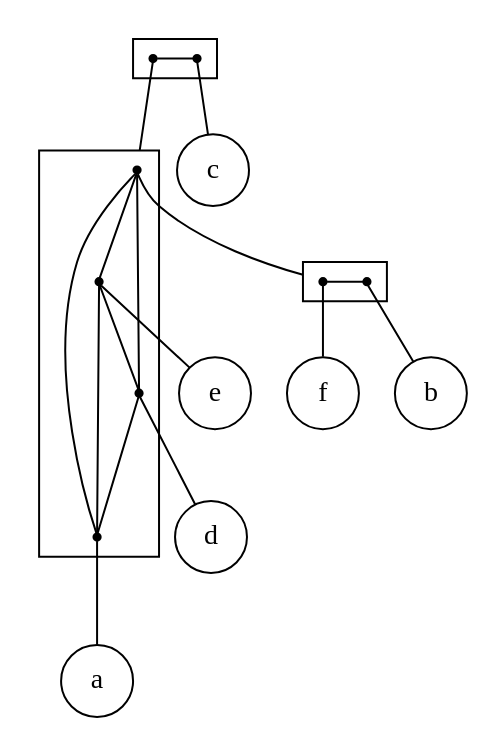
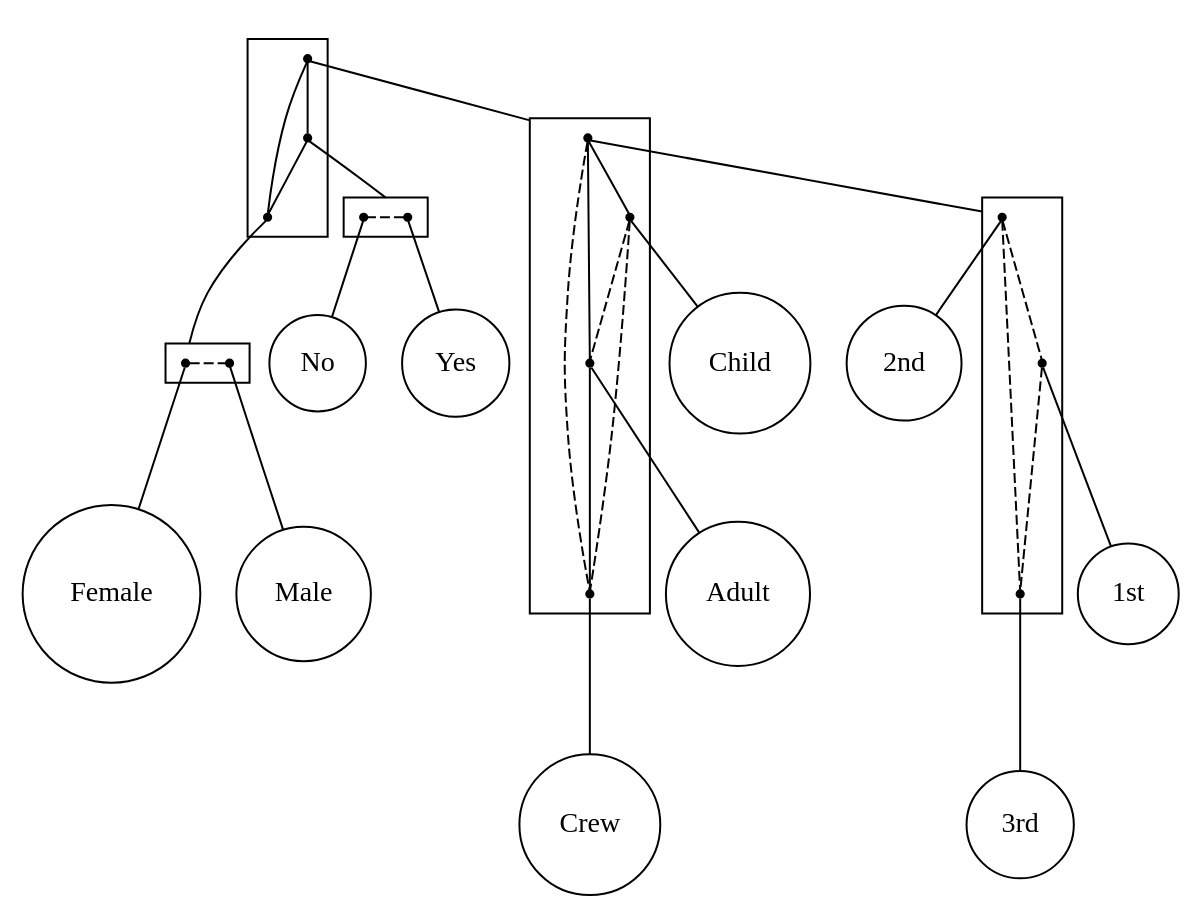
Before and after one commit to lrodrin/TFG: the diagram in src/extension/plain_2-structure.dot, drawn with Graphviz. The commit also changed 4 other files, not shown here.

```diff
--- a/src/extension/plain_2-structure.dot
+++ b/src/extension/plain_2-structure.dot
@@ -1,43 +1,67 @@
 strict digraph "plain_2-structure" {
 compound=true;
 fontname=Verdana;
 fontsize=12;
 newrank=true;
 node [shape=circle];
-c;
-e;
-d;
-a;
-f;
-b;
-subgraph cluster_bdacfe {
+Child;
+Adult;
+Crew;
+"2nd";
+"1st";
+"3rd";
+Female;
+Male;
+Yes;
+No;
+subgraph cluster_Child3rdMaleYesNoAdult2nd1stFemaleCrew {
+node [shape=point];
+s_Child2nd3rd1stCrewAdult -> s_NoYes  [arrowhead=none, color=black, style=solid];
+s_Child2nd3rd1stCrewAdult -> s_MaleFemale  [arrowhead=none, color=black, style=solid];
+s_NoYes -> s_MaleFemale  [arrowhead=none, color=black, style=solid];
+}
+
+subgraph cluster_Child2nd3rd1stCrewAdult {
+node [shape=point];
+s_1st2nd3rd -> s_Child  [arrowhead=none, color=black, style=solid];
+s_1st2nd3rd -> s_Adult  [arrowhead=none, color=black, style=solid];
+s_1st2nd3rd -> s_Crew  [arrowhead=none, color=black, style=dashed];
+s_Child -> s_Adult  [arrowhead=none, color=black, style=dashed];
+s_Child -> s_Crew  [arrowhead=none, color=black, style=dashed];
+s_Adult -> s_Crew  [arrowhead=none, color=black, style=solid];
+}
+
+subgraph cluster_1st2nd3rd {
+node [shape=point];
+s_2nd -> s_1st  [arrowhead=none, color=black, style=dashed];
+s_2nd -> s_3rd  [arrowhead=none, color=black, style=dashed];
+s_1st -> s_3rd  [arrowhead=none, color=black, style=dashed];
+}
+
+subgraph cluster_MaleFemale {
 rank=same;
 node [shape=point];
-s_bdafe -> s_c  [arrowhead=none, color=black];
+s_Female -> s_Male  [arrowhead=none, color=black, style=dashed];
 }
 
-subgraph cluster_bdafe {
+subgraph cluster_NoYes {
+rank=same;
 node [shape=point];
-s_fb -> s_e  [arrowhead=none, color=black];
-s_fb -> s_d  [arrowhead=none, color=black];
-s_fb -> s_a  [arrowhead=none, color=black];
-s_e -> s_d  [arrowhead=none, color=black];
-s_e -> s_a  [arrowhead=none, color=black];
-s_d -> s_a  [arrowhead=none, color=black];
+s_Yes -> s_No  [arrowhead=none, color=black, style=dashed];
 }
 
-subgraph cluster_fb {
-rank=same;
-node [shape=point];
-s_f -> s_b  [arrowhead=none, color=black];
+s_Child2nd3rd1stCrewAdult -> s_1st2nd3rd  [arrowhead=none, lhead=cluster_Child2nd3rd1stCrewAdult];
+s_NoYes -> s_Yes  [arrowhead=none, lhead=cluster_NoYes];
+s_MaleFemale -> s_Female  [arrowhead=none, lhead=cluster_MaleFemale];
+s_1st2nd3rd -> s_2nd  [arrowhead=none, lhead=cluster_1st2nd3rd];
+s_Child -> Child  [arrowhead=none];
+s_Adult -> Adult  [arrowhead=none];
+s_Crew -> Crew  [arrowhead=none];
+s_2nd -> "2nd"  [arrowhead=none];
+s_1st -> "1st"  [arrowhead=none];
+s_3rd -> "3rd"  [arrowhead=none];
+s_Female -> Female  [arrowhead=none];
+s_Male -> Male  [arrowhead=none];
+s_Yes -> Yes  [arrowhead=none];
+s_No -> No  [arrowhead=none];
 }
-
-s_bdafe -> s_fb  [arrowhead=none, lhead=cluster_bdafe];
-s_c -> c  [arrowhead=none];
-s_fb -> s_f  [arrowhead=none, lhead=cluster_fb];
-s_e -> e  [arrowhead=none];
-s_d -> d  [arrowhead=none];
-s_a -> a  [arrowhead=none];
-s_f -> f  [arrowhead=none];
-s_b -> b  [arrowhead=none];
-}
```
